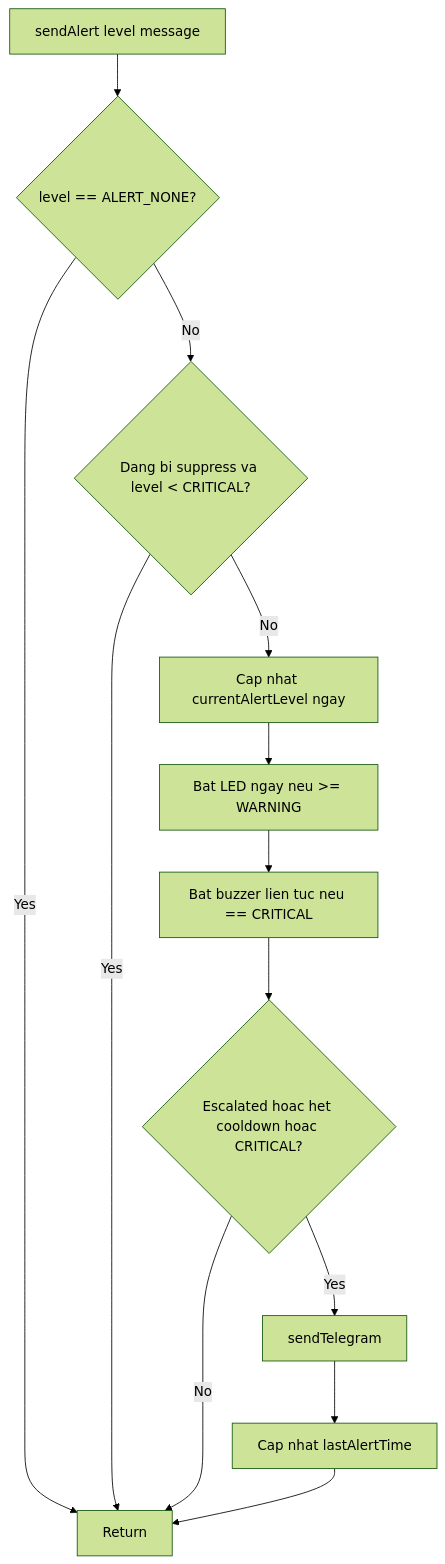
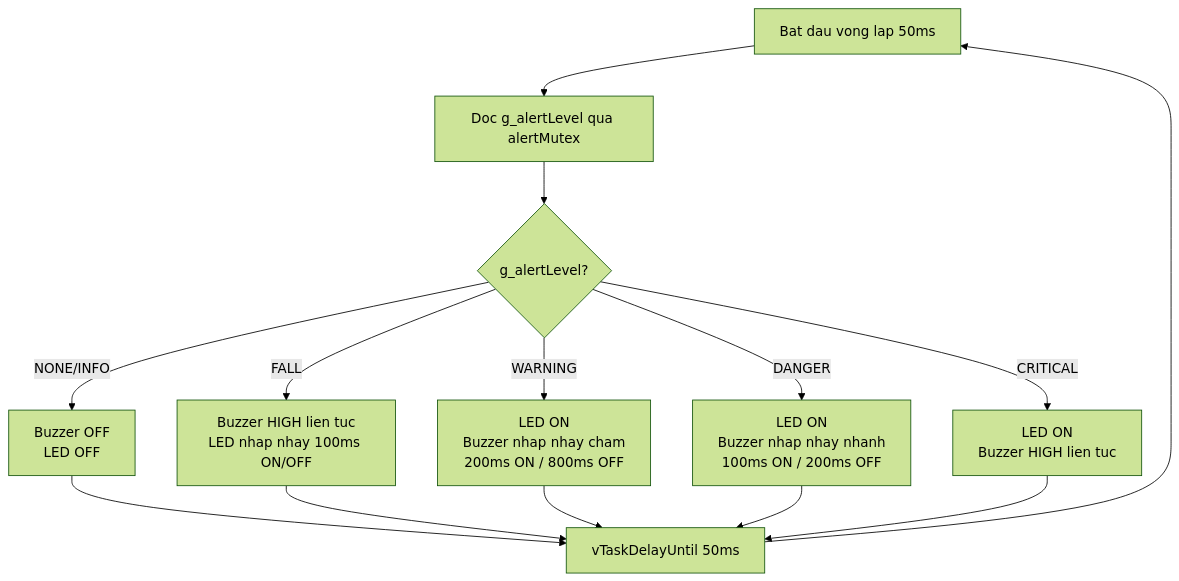
The fourth of 8 diagrams in Flowchart/nguyen-ly-hoat-dong-flowchart.md (DKiet33/MAIN_PROJECT_THAYKIEN_MPU6050_XIAO), drawn with Mermaid (forest theme) before and after one commit. The commit also changed other lines of this file and 5 other files, not shown here.

````diff
--- a/Flowchart/nguyen-ly-hoat-dong-flowchart.md
+++ b/Flowchart/nguyen-ly-hoat-dong-flowchart.md
@@ -52,15 +110,18 @@
 ```mermaid
 flowchart TD
-    A[sendAlert level message] --> B{level == ALERT_NONE?}
-    B -- Yes --> Z[Return]
-    B -- No --> C{Dang bi suppress va level < CRITICAL?}
-    C -- Yes --> Z
-    C -- No --> D[Cap nhat currentAlertLevel ngay]
-    D --> E[Bat LED ngay neu >= WARNING]
-    E --> F[Bat buzzer lien tuc neu == CRITICAL]
-    F --> G{Escalated hoac het cooldown hoac CRITICAL?}
-    G -- No --> Z
-    G -- Yes --> H[sendTelegram]
-    H --> I[Cap nhat lastAlertTime]
-    I --> Z
+    Start[Bat dau vong lap 50ms] --> Read[Doc g_alertLevel qua alertMutex]
+    Read --> Switch{g_alertLevel?}
+
+    Switch -- NONE/INFO --> NA[Buzzer OFF\nLED OFF]
+    Switch -- FALL --> FA[Buzzer HIGH lien tuc\nLED nhap nhay 100ms ON/OFF]
+    Switch -- WARNING --> WA[LED ON\nBuzzer nhap nhay cham\n200ms ON / 800ms OFF]
+    Switch -- DANGER --> DA[LED ON\nBuzzer nhap nhay nhanh\n100ms ON / 200ms OFF]
+    Switch -- CRITICAL --> CA[LED ON\nBuzzer HIGH lien tuc]
+
+    NA --> End[vTaskDelayUntil 50ms]
+    FA --> End
+    WA --> End
+    DA --> End
+    CA --> End
+    End --> Start
 ```
````
